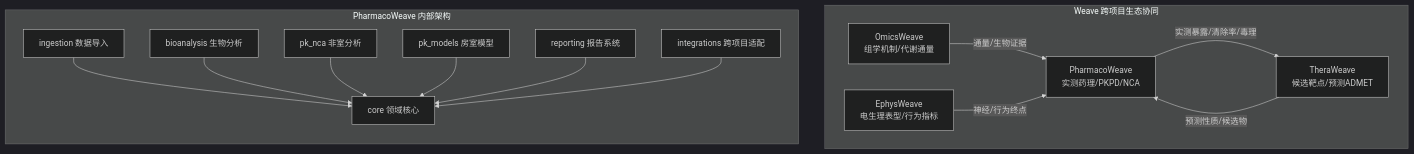
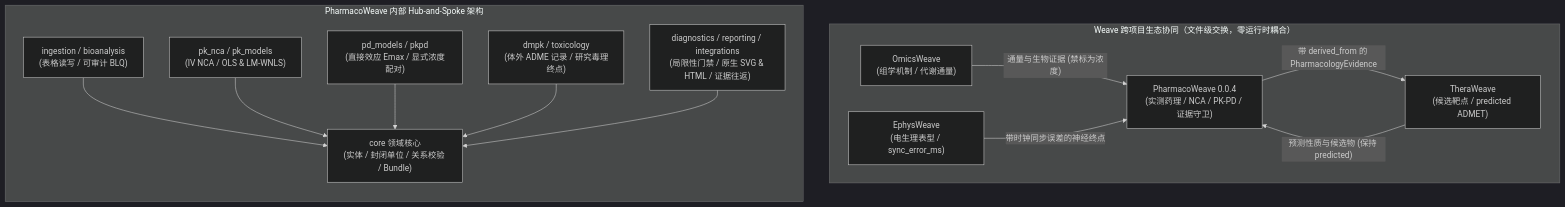
The first of 2 diagrams in docs/project-evaluation.md (JianyunZhang/PharmacoWeave), drawn with Mermaid (dark theme) before and after one commit. The commit also changed other lines of this file and 2 other files, not shown here.

First line of the commit message:
Update roadmap and evaluation docs for 0.0.4 baseline and 0.0.5-0.1.0 plan

````diff
--- a/docs/project-evaluation.md
+++ b/docs/project-evaluation.md
@@ -30,24 +29,23 @@
 ```mermaid
 flowchart TB
-    subgraph Ecosystem [Weave 跨项目生态协同]
-        OW[OmicsWeave<br/>组学机制/代谢通量]
-        TW[TheraWeave<br/>候选靶点/预测ADMET]
-        EW[EphysWeave<br/>电生理表型/行为指标]
-        PW[PharmacoWeave<br/>实测药理/PKPD/NCA]
+    subgraph Ecosystem ["Weave 跨项目生态协同（文件级交换，零运行时耦合）"]
+        OW["OmicsWeave<br/>(组学机制 / 代谢通量)"]
+        TW["TheraWeave<br/>(候选靶点 / predicted ADMET)"]
+        EW["EphysWeave<br/>(电生理表型 / sync_error_ms)"]
+        PW["PharmacoWeave 0.0.4<br/>(实测药理 / NCA / PK-PD / 证据守卫)"]
     end
 
-    OW -->|通量/生物证据| PW
-    TW -->|预测性质/候选物| PW
-    EW -->|神经/行为终点| PW
-    PW -->|实测暴露/清除率/毒理| TW
+    OW -->|"通量与生物证据 (禁标为浓度)"| PW
+    TW -->|"预测性质与候选物 (保持 predicted)"| PW
+    EW -->|"带时钟同步误差的神经终点"| PW
+    PW -->|"带 derived_from 的 PharmacologyEvidence"| TW
 
-    subgraph InternalArch [PharmacoWeave 内部架构]
+    subgraph InternalArch ["PharmacoWeave 内部 Hub-and-Spoke 架构"]
         direction TB
-        Ingestion[ingestion 数据导入] --> Core[core 领域核心]
-        Bioanalysis[bioanalysis 生物分析] --> Core
-        NCA[pk_nca 非室分析] --> Core
-        Models[pk_models 房室模型] --> Core
-        Reporting[reporting 报告系统] --> Core
-        Integrations[integrations 跨项目适配] --> Core
+        Ingestion["ingestion / bioanalysis<br/>(表格读写 / 可审计 BLQ)"] --> Core["core 领域核心<br/>(实体 / 封闭单位 / 关系校验 / Bundle)"]
+        PK["pk_nca / pk_models<br/>(IV NCA / OLS & LM-WNLS)"] --> Core
+        PD["pd_models / pkpd<br/>(直接效应 Emax / 显式浓度配对)"] --> Core
+        DMPKTox["dmpk / toxicology<br/>(体外 ADME 记录 / 研究毒理终点)"] --> Core
+        DiagRep["diagnostics / reporting / integrations<br/>(局限性门禁 / 原生 SVG & HTML / 证据往返)"] --> Core
     end
 ```
````
